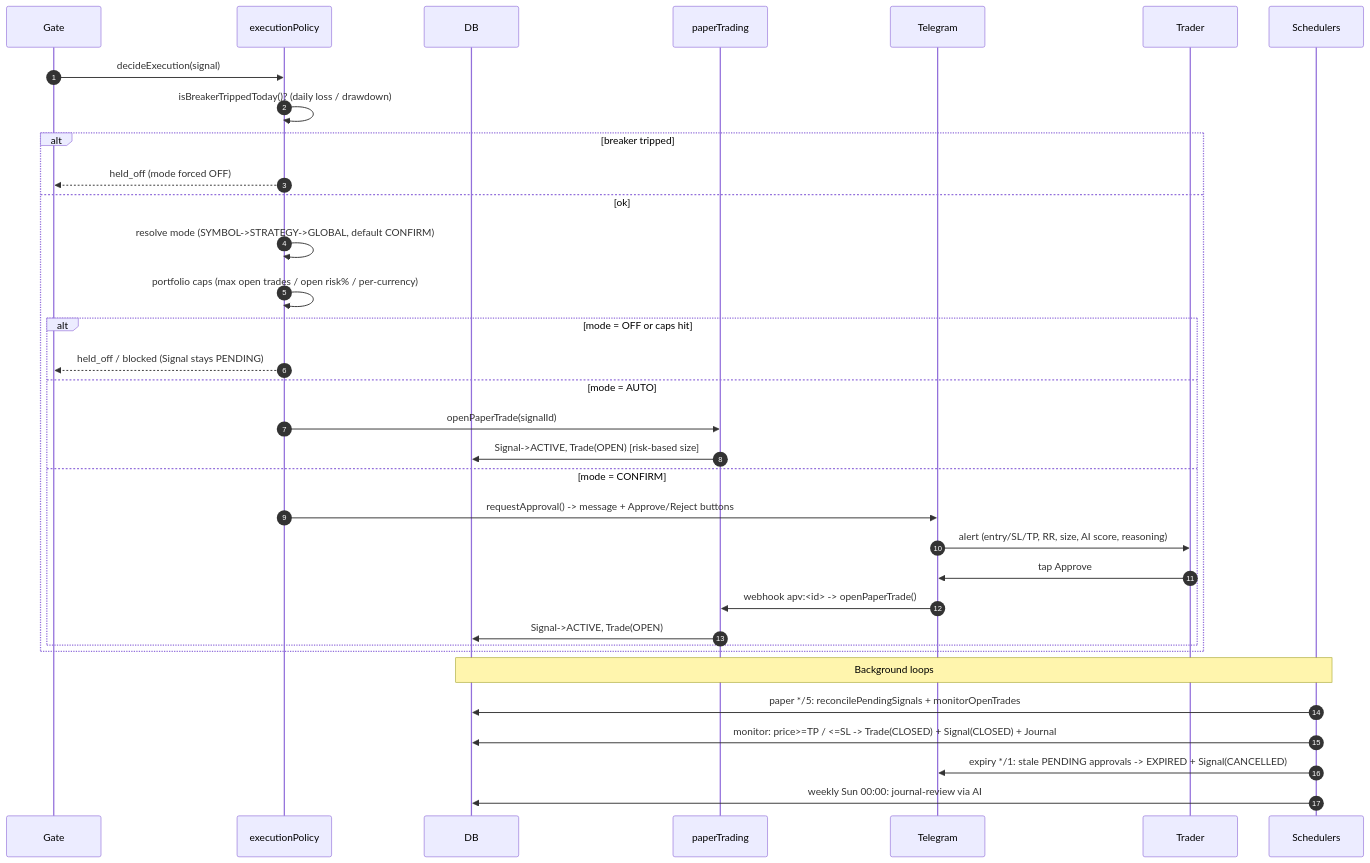
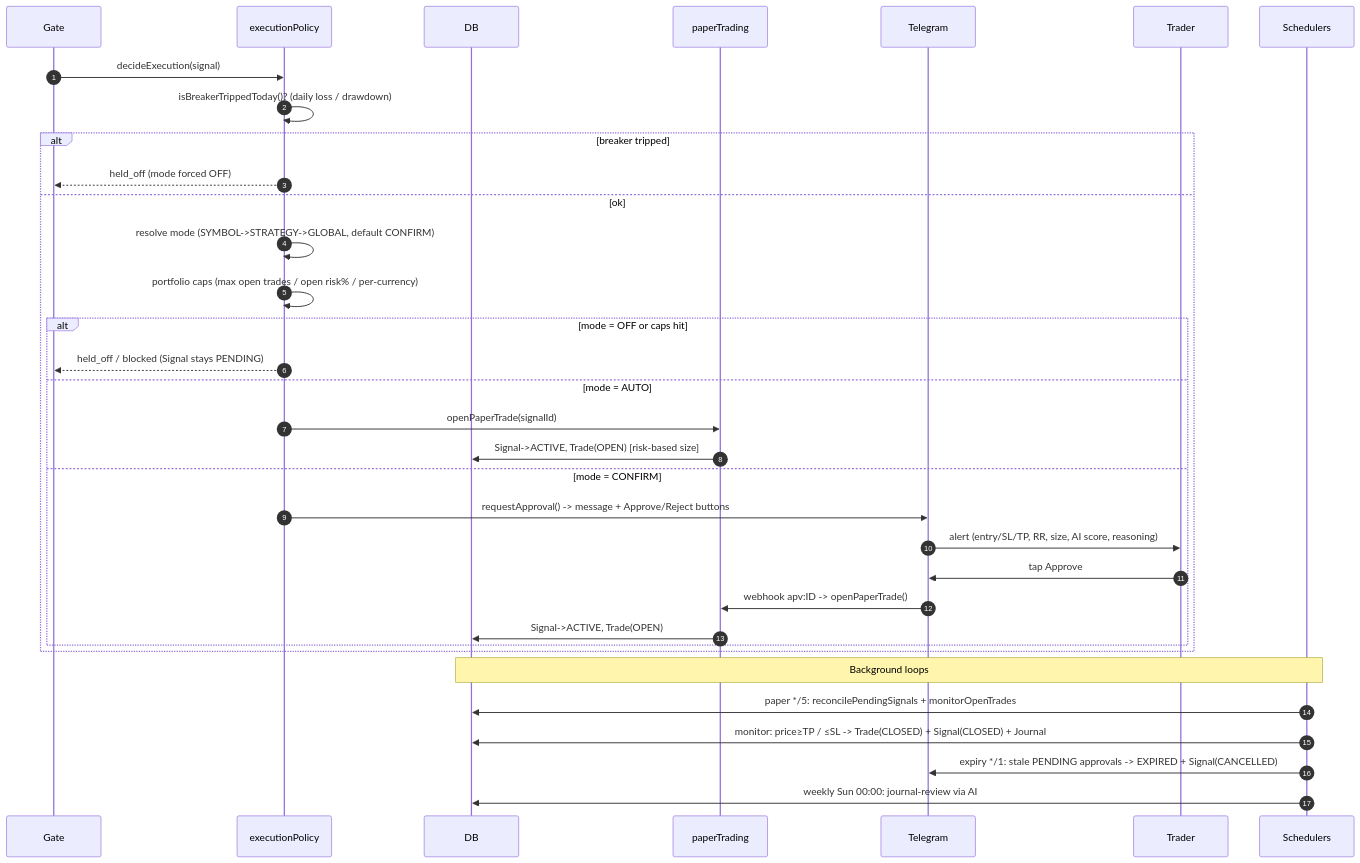
Before and after one commit to Alujack/ai-trading-platform: the fifth of 7 diagrams in docs/architecture/signal-flow.md, drawn with Mermaid. The commit also changed other lines of this file, not shown here.

````diff
--- a/docs/architecture/signal-flow.md
+++ b/docs/architecture/signal-flow.md
@@ -249,38 +249,38 @@
 ```mermaid
 sequenceDiagram
     autonumber
     participant G as Gate
     participant POL as executionPolicy
     participant DB as DB
     participant PAPER as paperTrading
     participant TG as Telegram
     participant Sam as Trader
     participant SCHED as Schedulers
 
     G->>POL: decideExecution(signal)
     POL->>POL: isBreakerTrippedToday()? (daily loss / drawdown)
     alt breaker tripped
         POL-->>G: held_off (mode forced OFF)
     else ok
         POL->>POL: resolve mode (SYMBOL->STRATEGY->GLOBAL, default CONFIRM)
         POL->>POL: portfolio caps (max open trades / open risk% / per-currency)
         alt mode = OFF or caps hit
             POL-->>G: held_off / blocked (Signal stays PENDING)
         else mode = AUTO
             POL->>PAPER: openPaperTrade(signalId)
             PAPER->>DB: Signal->ACTIVE, Trade(OPEN) [risk-based size]
         else mode = CONFIRM
             POL->>TG: requestApproval() -> message + Approve/Reject buttons
             TG->>Sam: alert (entry/SL/TP, RR, size, AI score, reasoning)
             Sam->>TG: tap Approve
-            TG->>PAPER: webhook apv:<id> -> openPaperTrade()
+            TG->>PAPER: webhook apv:ID -> openPaperTrade()
             PAPER->>DB: Signal->ACTIVE, Trade(OPEN)
         end
     end
 
     Note over SCHED,DB: Background loops
     SCHED->>DB: paper */5: reconcilePendingSignals + monitorOpenTrades
-    SCHED->>DB: monitor: price>=TP / <=SL -> Trade(CLOSED) + Signal(CLOSED) + Journal
+    SCHED->>DB: monitor: price≥TP / ≤SL -> Trade(CLOSED) + Signal(CLOSED) + Journal
     SCHED->>TG: expiry */1: stale PENDING approvals -> EXPIRED + Signal(CANCELLED)
     SCHED->>DB: weekly Sun 00:00: journal-review via AI
 ```
````
